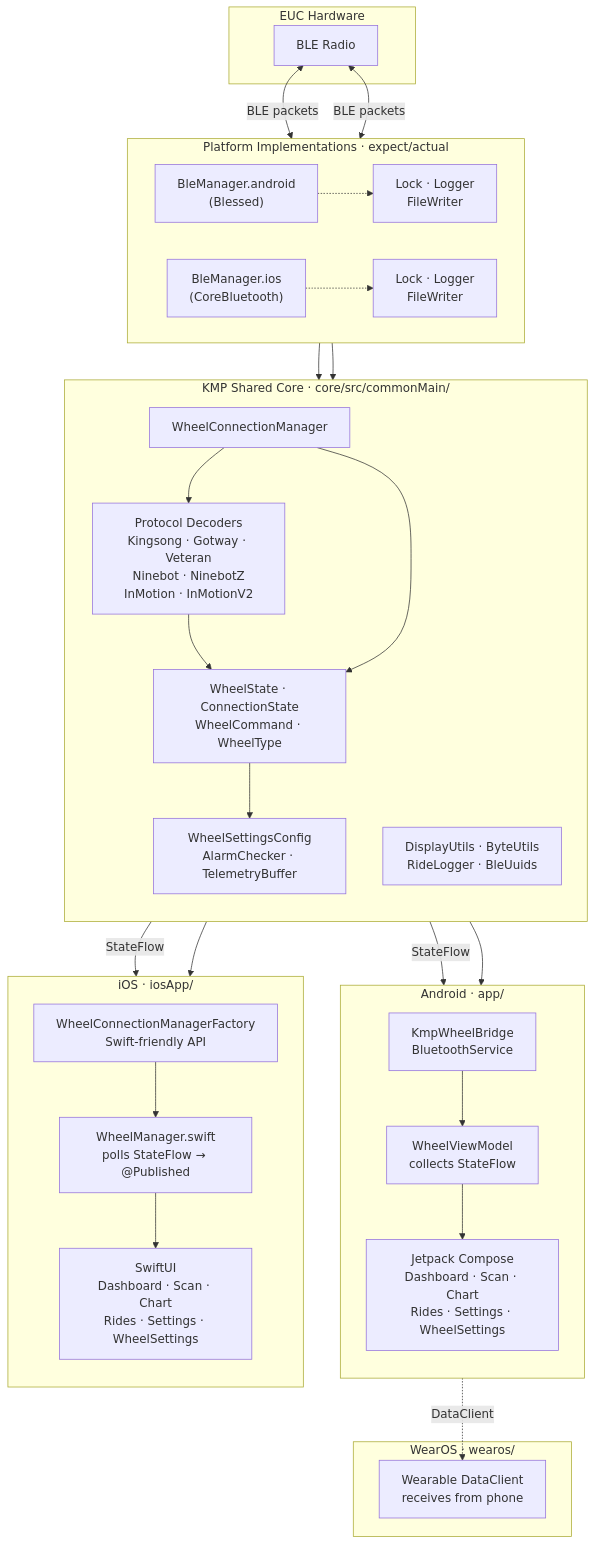
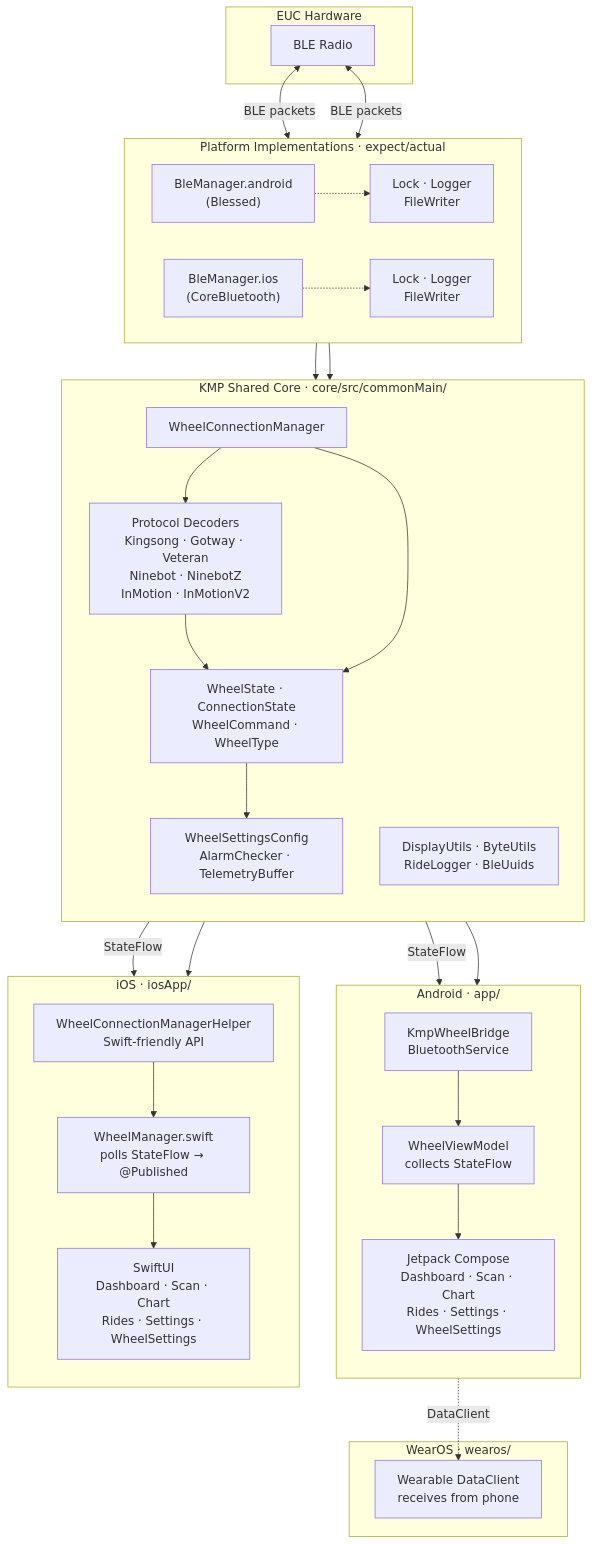
The diagram in README.md (nathan234/Wheellog-Multiplatform), drawn with Mermaid before and after one commit. The commit also changed other lines of this file and 10 other files, not shown here.

First line of the commit message:
Rename Factory → Helper and move settings config to domain package

````diff
--- a/README.md
+++ b/README.md
@@ -53,65 +53,65 @@
 ```mermaid
 graph TB
     subgraph HW["EUC Hardware"]
         WHEEL["BLE Radio"]
     end
 
     subgraph KMP["KMP Shared Core · core/src/commonMain/"]
         direction TB
         DECODERS["Protocol Decoders<br/>Kingsong · Gotway · Veteran<br/>Ninebot · NinebotZ<br/>InMotion · InMotionV2"]
         WCM["WheelConnectionManager"]
         STATE["WheelState · ConnectionState<br/>WheelCommand · WheelType"]
         CONFIG["WheelSettingsConfig<br/>AlarmChecker · TelemetryBuffer"]
         UTILS["DisplayUtils · ByteUtils<br/>RideLogger · BleUuids"]
     end
 
     subgraph PLAT["Platform Implementations · expect/actual"]
         direction LR
         BLE_A["BleManager.android<br/>(Blessed)"]
         BLE_I["BleManager.ios<br/>(CoreBluetooth)"]
         LOCK_A["Lock · Logger<br/>FileWriter"]
         LOCK_I["Lock · Logger<br/>FileWriter"]
     end
 
     subgraph ANDROID["Android · app/"]
         direction TB
         BRIDGE_A["KmpWheelBridge<br/>BluetoothService"]
         VM["WheelViewModel<br/>collects StateFlow"]
         COMPOSE["Jetpack Compose<br/>Dashboard · Scan · Chart<br/>Rides · Settings · WheelSettings"]
     end
 
     subgraph IOS["iOS · iosApp/"]
         direction TB
-        FACTORY["WheelConnectionManagerFactory<br/>Swift-friendly API"]
+        FACTORY["WheelConnectionManagerHelper<br/>Swift-friendly API"]
         WM["WheelManager.swift<br/>polls StateFlow → @Published"]
         SWIFTUI["SwiftUI<br/>Dashboard · Scan · Chart<br/>Rides · Settings · WheelSettings"]
     end
 
     subgraph WEAR["WearOS · wearos/"]
         WEARUI["Wearable DataClient<br/>receives from phone"]
     end
 
     WHEEL <-->|"BLE packets"| BLE_A
     WHEEL <-->|"BLE packets"| BLE_I
     BLE_A --> WCM
     BLE_I --> WCM
     WCM --> DECODERS
     DECODERS --> STATE
     WCM --> STATE
     STATE --> CONFIG
 
     BLE_A -.-> LOCK_A
     BLE_I -.-> LOCK_I
 
     STATE -->|"StateFlow"| BRIDGE_A
     BRIDGE_A --> VM
     VM --> COMPOSE
     CONFIG --> COMPOSE
 
     STATE -->|"StateFlow"| FACTORY
     FACTORY --> WM
     WM --> SWIFTUI
     CONFIG --> SWIFTUI
 
     BRIDGE_A -.->|"DataClient"| WEARUI
 ```
````
